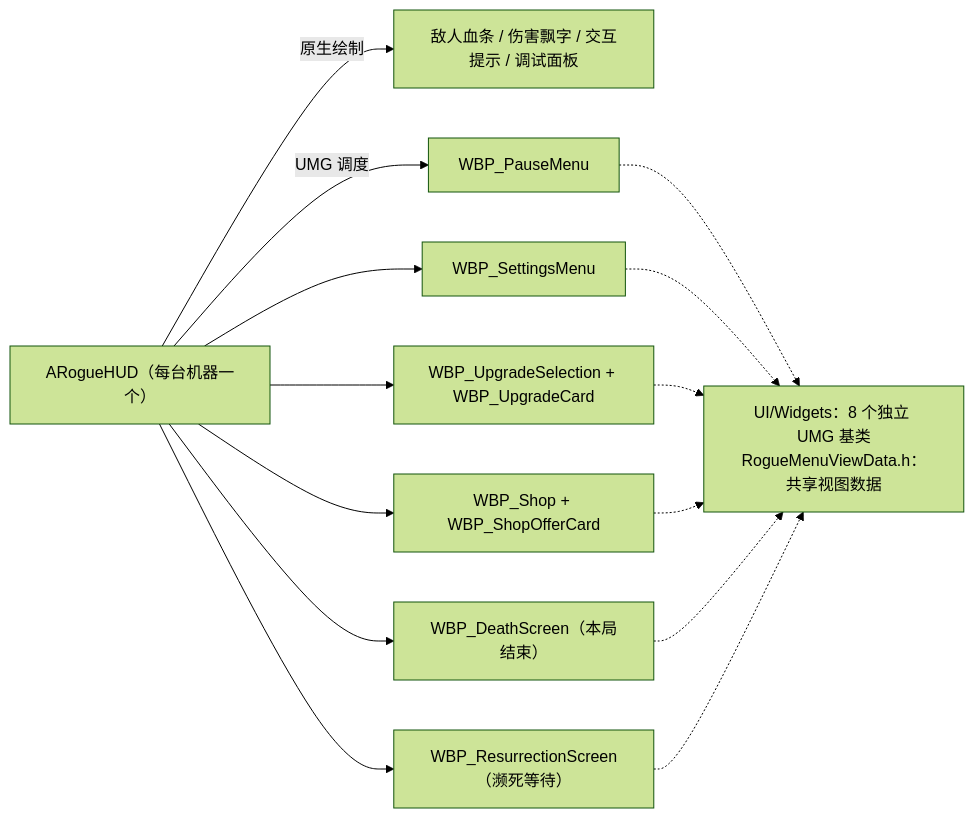
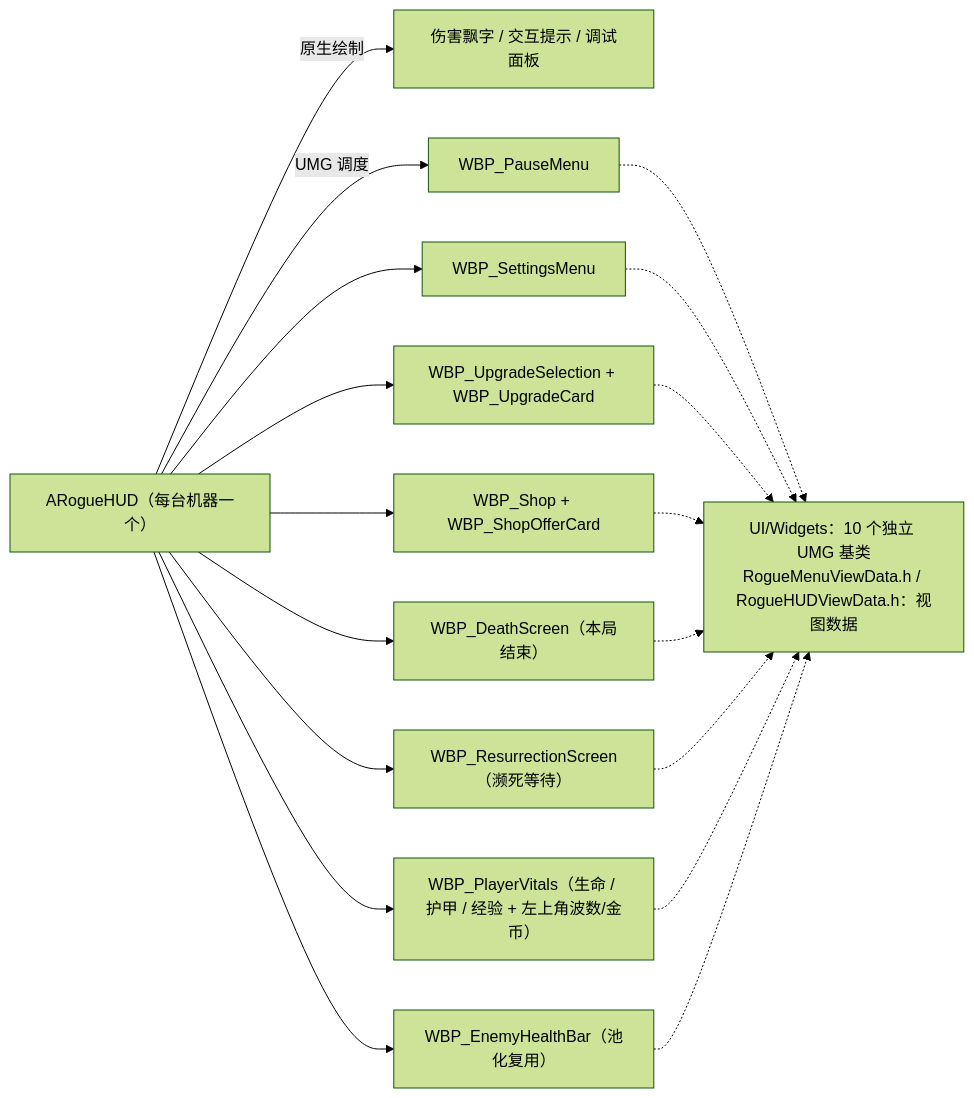
One commit to Elysiasloverly/AI- changed the second of 6 diagrams in Docs/Project-Structure.md. Above: the diagram before and after it, drawn with Mermaid (forest theme). The commit also changed other lines of this file and 189 other files, not shown here.

First line of the commit message:
feat(enemies,ui): 敌人远程变体与弹体蓝图、HUD 生命值组件化

````diff
--- a/Docs/Project-Structure.md
+++ b/Docs/Project-Structure.md
@@ -157,18 +156,22 @@
 ```mermaid
 graph LR
     HUD["ARogueHUD（每台机器一个）"]
-    HUD -->|原生绘制| D1["敌人血条 / 伤害飘字 / 交互提示 / 调试面板"]
+    HUD -->|原生绘制| D1["伤害飘字 / 交互提示 / 调试面板"]
     HUD -->|UMG 调度| W1["WBP_PauseMenu"]
     HUD --> W2["WBP_SettingsMenu"]
     HUD --> W3["WBP_UpgradeSelection + WBP_UpgradeCard"]
     HUD --> W4["WBP_Shop + WBP_ShopOfferCard"]
     HUD --> W5["WBP_DeathScreen（本局结束）"]
     HUD --> W6["WBP_ResurrectionScreen（濒死等待）"]
-    B["UI/Widgets：8 个独立 UMG 基类<br/>RogueMenuViewData.h：共享视图数据"]
+    HUD --> W7["WBP_PlayerVitals（生命 / 护甲 / 经验 + 左上角波数/金币）"]
+    HUD --> W8["WBP_EnemyHealthBar（池化复用）"]
+    B["UI/Widgets：10 个独立 UMG 基类<br/>RogueMenuViewData.h / RogueHUDViewData.h：视图数据"]
     W1 -.-> B
     W2 -.-> B
     W3 -.-> B
     W4 -.-> B
     W5 -.-> B
     W6 -.-> B
+    W7 -.-> B
+    W8 -.-> B
 ```
````
